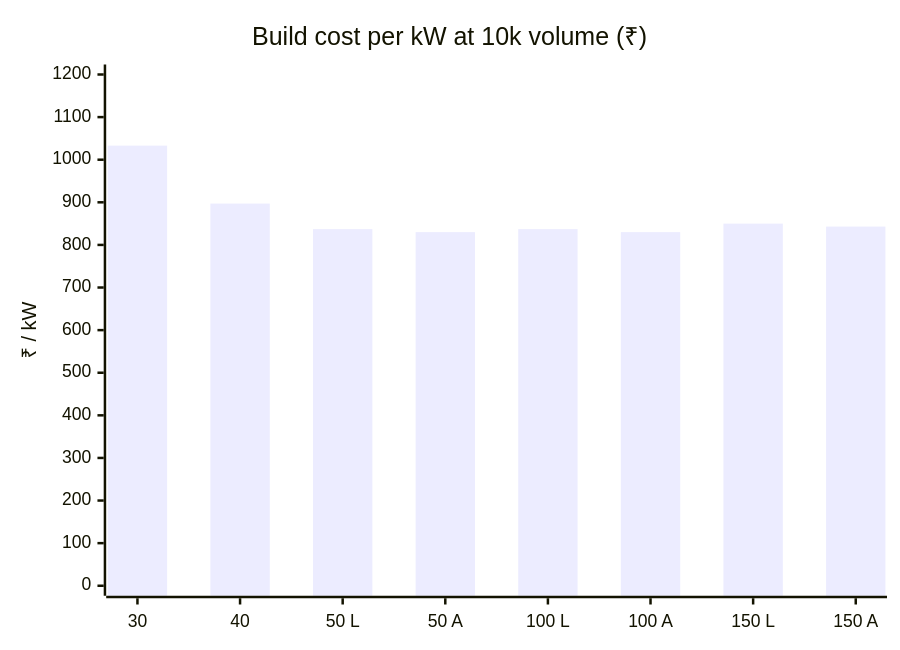
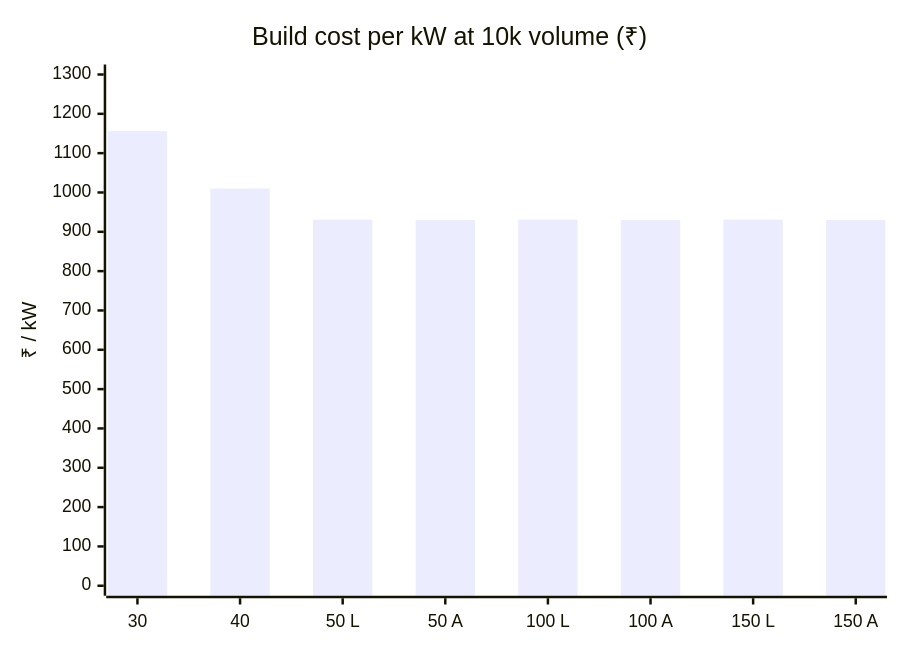
The diagram in docs/bom-cost.md (vectivolt/DC-Modules), drawn with Mermaid before and after one commit. The commit also changed other lines of this file and 41 other files, not shown here.

````diff
--- a/docs/bom-cost.md
+++ b/docs/bom-cost.md
@@ -41,7 +41,7 @@
 ```mermaid
 xychart-beta
   title "Build cost per kW at 10k volume (₹)"
   x-axis ["30", "40", "50 L", "50 A", "100 L", "100 A", "150 L", "150 A"]
-  y-axis "₹ / kW" 0 --> 1200
-  bar [1033, 897, 837, 830, 837, 830, 850, 843]
+  y-axis "₹ / kW" 0 --> 1300
+  bar [1156, 1010, 931, 930, 931, 930, 931, 930]
 ```
````
